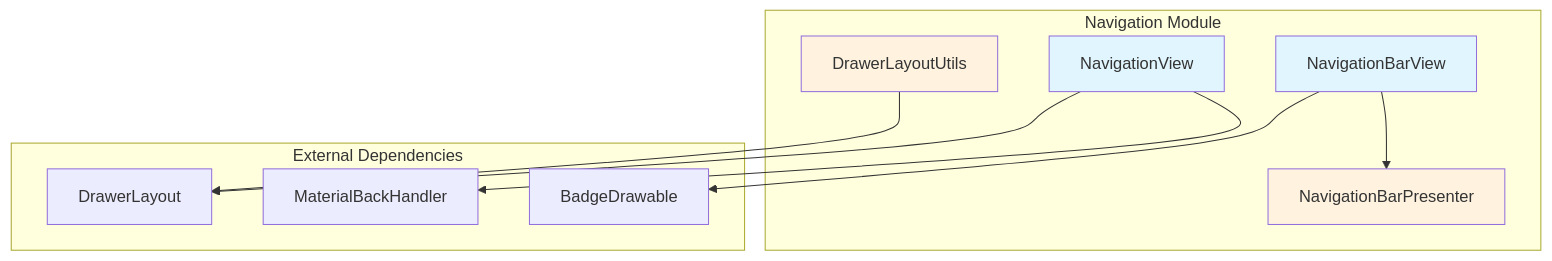
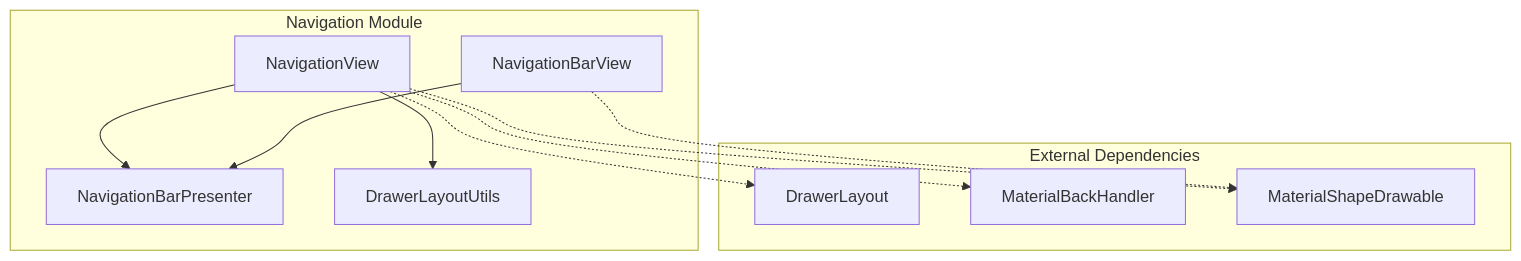
The diagram in docs/material-components--material-components-android-docs/navigation.md (FSoft-AI4Code/codewiki-demo), drawn with Mermaid before and after one commit. The commit also changed other lines of this file and 1103 other files, not shown here.

````diff
--- a/docs/material-components--material-components-android-docs/navigation.md
+++ b/docs/material-components--material-components-android-docs/navigation.md
@@ -11,26 +11,24 @@
 ```mermaid
 graph TB
     subgraph "Navigation Module"
         NV[NavigationView]
         NBV[NavigationBarView]
         NBP[NavigationBarPresenter]
         DLU[DrawerLayoutUtils]
+        
+        NV --> NBP
+        NBV --> NBP
+        NV --> DLU
     end
     
     subgraph "External Dependencies"
         DL[DrawerLayout]
         MB[MaterialBackHandler]
-        BD[BadgeDrawable]
+        MS[MaterialShapeDrawable]
     end
     
-    NV --> DL
-    NV --> MB
-    NBV --> NBP
-    NBV --> BD
-    DLU --> DL
-    
-    style NV fill:#e1f5fe
-    style NBV fill:#e1f5fe
-    style NBP fill:#fff3e0
-    style DLU fill:#fff3e0
+    NV -.-> DL
+    NV -.-> MB
+    NV -.-> MS
+    NBV -.-> MS
 ```
````
